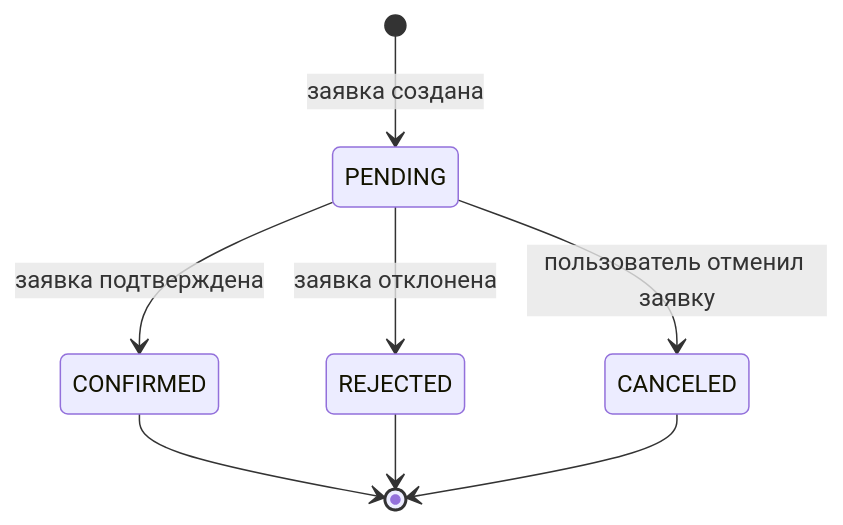
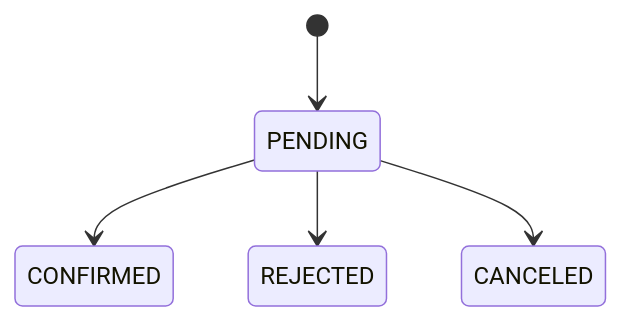
One commit to AndreyAA-code/java-plus-graduation changed the third of 3 diagrams in readme.md. Above: the diagram before and after it, drawn with Mermaid. The commit also changed other lines of this file, not shown here.

````diff
--- a/readme.md
+++ b/readme.md
@@ -890,10 +112,7 @@
 ```mermaid
 stateDiagram-v2
-    [*] --> PENDING: заявка создана
-    PENDING --> CONFIRMED: заявка подтверждена
-    PENDING --> REJECTED: заявка отклонена
-    PENDING --> CANCELED: пользователь отменил заявку
-    CONFIRMED --> [*]
-    REJECTED --> [*]
-    CANCELED --> [*]
+    [*] --> PENDING
+    PENDING --> CONFIRMED
+    PENDING --> REJECTED
+    PENDING --> CANCELED
 ```
````
